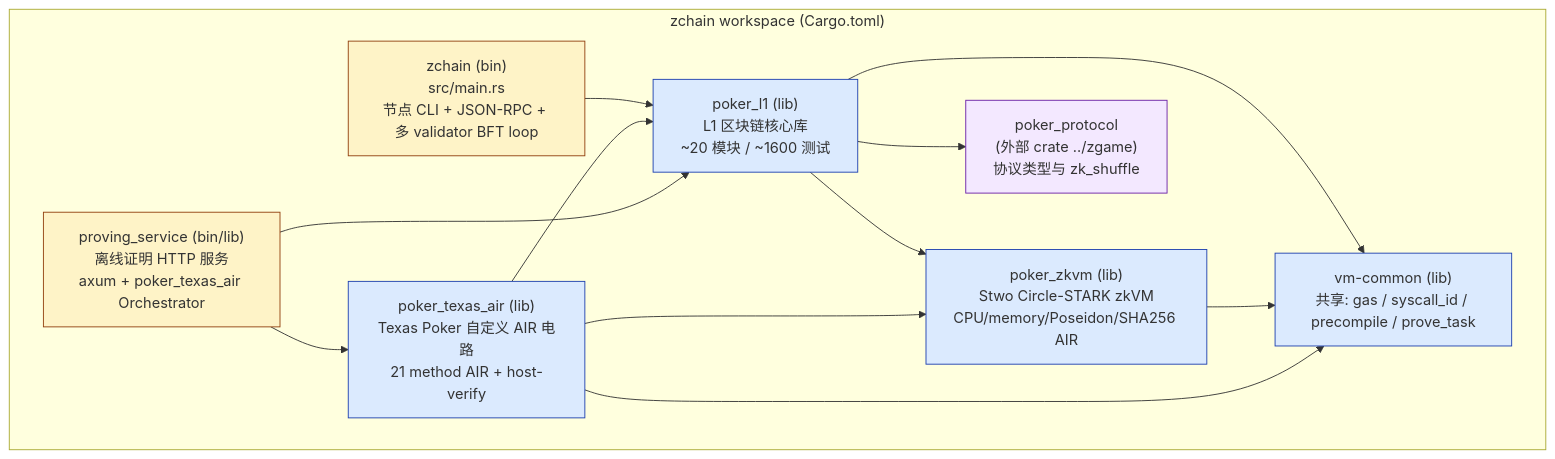
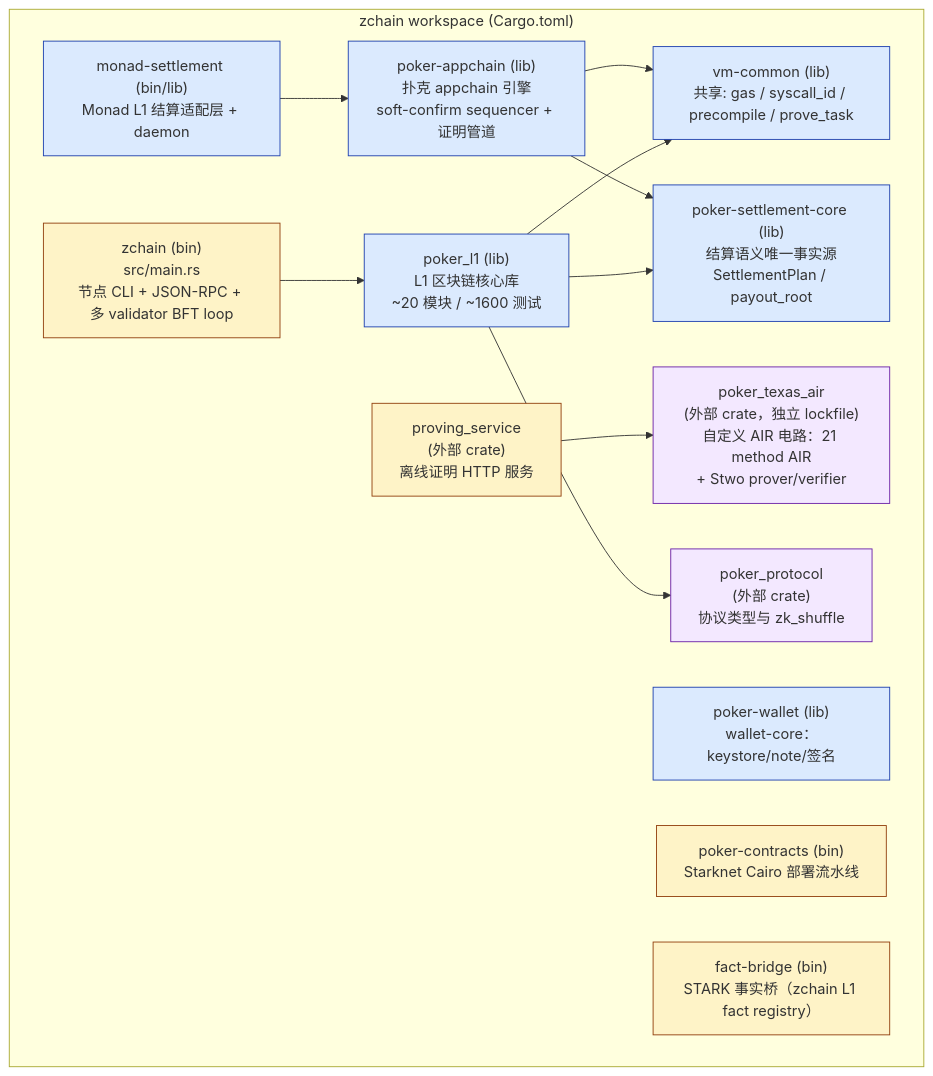
Before and after one commit to linqining/zchain: the first of 7 diagrams in docs/00-architecture-overview.md, drawn with Mermaid. The commit also changed other lines of this file and 75 other files, not shown here.

Commit message:
feat: remove poker zkvm

````diff
--- a/docs/00-architecture-overview.md
+++ b/docs/00-architecture-overview.md
@@ -32,30 +38,33 @@
 ```mermaid
 graph TD
     subgraph WS["zchain workspace (Cargo.toml)"]
         BIN["zchain (bin)<br/>src/main.rs<br/>节点 CLI + JSON-RPC + 多 validator BFT loop"]
         L1["poker_l1 (lib)<br/>L1 区块链核心库<br/>~20 模块 / ~1600 测试"]
-        AIR["poker_texas_air (lib)<br/>Texas Poker 自定义 AIR 电路<br/>21 method AIR + host-verify"]
-        ZKVM["poker_zkvm (lib)<br/>Stwo Circle-STARK zkVM<br/>CPU/memory/Poseidon/SHA256 AIR"]
+        SET["poker-settlement-core (lib)<br/>结算语义唯一事实源<br/>SettlementPlan / payout_root"]
+        APPC["poker-appchain (lib)<br/>扑克 appchain 引擎<br/>soft-confirm sequencer + 证明管道"]
+        WAL["poker-wallet (lib)<br/>wallet-core：keystore/note/签名"]
         VMC["vm-common (lib)<br/>共享: gas / syscall_id / precompile / prove_task"]
-        PSVC["proving_service (bin/lib)<br/>离线证明 HTTP 服务<br/>axum + poker_texas_air Orchestrator"]
-        PROTO["poker_protocol<br/>(外部 crate ../zgame)<br/>协议类型与 zk_shuffle"]
+        CONTR["poker-contracts (bin)<br/>Starknet Cairo 部署流水线"]
+        FBR["fact-bridge (bin)<br/>STARK 事实桥（zchain L1 fact registry）"]
+        MON["monad-settlement (bin/lib)<br/>Monad L1 结算适配层 + daemon"]
+        PROTO["poker_protocol<br/>(外部 crate)<br/>协议类型与 zk_shuffle"]
+        AIR["poker_texas_air<br/>(外部 crate，独立 lockfile)<br/>自定义 AIR 电路：21 method AIR<br/>+ Stwo prover/verifier"]
+        PSVC["proving_service<br/>(外部 crate)<br/>离线证明 HTTP 服务"]
     end
 
     BIN --> L1
-    L1 --> ZKVM
     L1 --> VMC
-    ZKVM --> VMC
-    AIR --> L1
-    AIR --> ZKVM
-    AIR --> VMC
-    PSVC --> L1
+    L1 --> SET
+    APPC --> SET
+    APPC --> VMC
+    MON --> APPC
     PSVC --> AIR
     L1 --> PROTO
 
     classDef bin fill:#fef3c7,stroke:#92400e
     classDef lib fill:#dbeafe,stroke:#1e40af
     classDef ext fill:#f3e8ff,stroke:#6b21a8
-    class BIN,PSVC bin
-    class L1,AIR,ZKVM,VMC lib
-    class PROTO ext
+    class BIN,PSVC,CONTR,FBR bin
+    class L1,SET,APPC,WAL,VMC,MON lib
+    class PROTO,AIR ext
 ```
````
